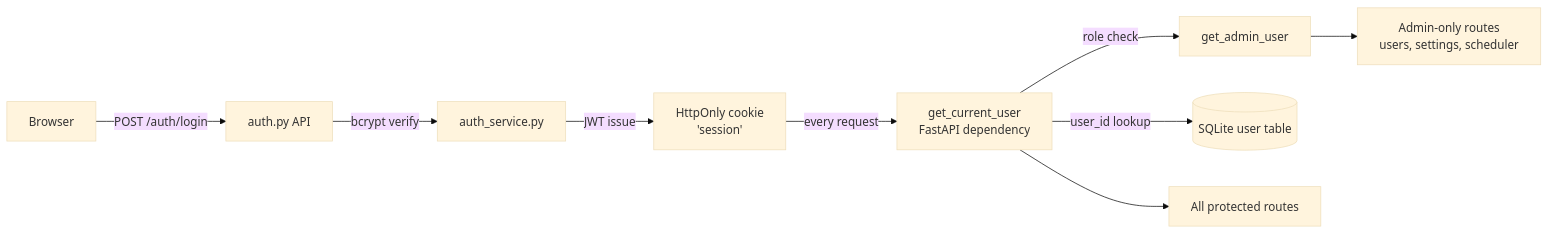
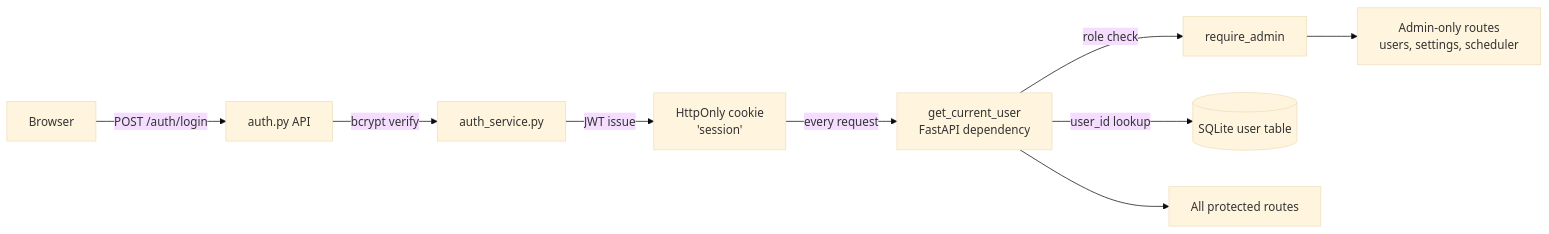
Before and after one commit to Librefolio/LibreFolio: the diagram in LibreFolio_devWiki/wiki/domains/auth.md, drawn with Mermaid (base theme). The commit also changed other lines of this file and 11 other files, not shown here.

````diff
--- a/LibreFolio_devWiki/wiki/domains/auth.md
+++ b/LibreFolio_devWiki/wiki/domains/auth.md
@@ -38,11 +43,11 @@
 ```mermaid
 graph LR
     Browser -->|POST /auth/login| AuthAPI[auth.py API]
     AuthAPI -->|bcrypt verify| AuthSvc[auth_service.py]
     AuthSvc -->|JWT issue| Cookie[HttpOnly cookie<br/>'session']
     Cookie -->|every request| Dep[get_current_user<br/>FastAPI dependency]
-    Dep -->|role check| AdminDep[get_admin_user]
+    Dep -->|role check| AdminDep[require_admin]
     Dep -->|user_id lookup| DB[(SQLite user table)]
     AdminDep --> AdminRoutes[Admin-only routes<br/>users, settings, scheduler]
     Dep --> AllRoutes[All protected routes]
 ```
````
